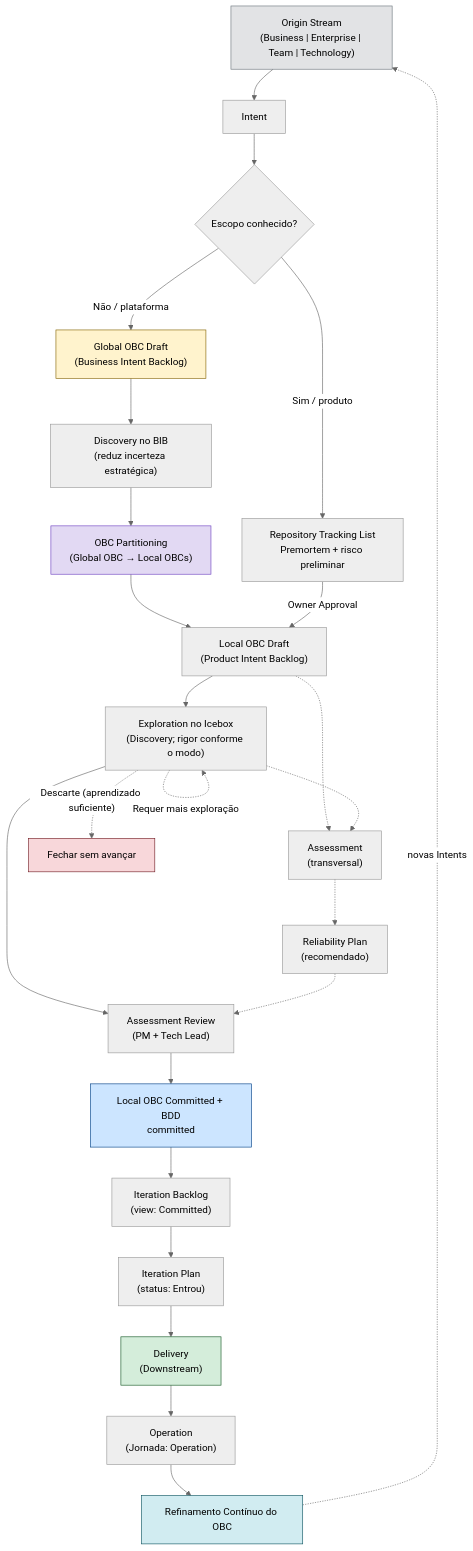
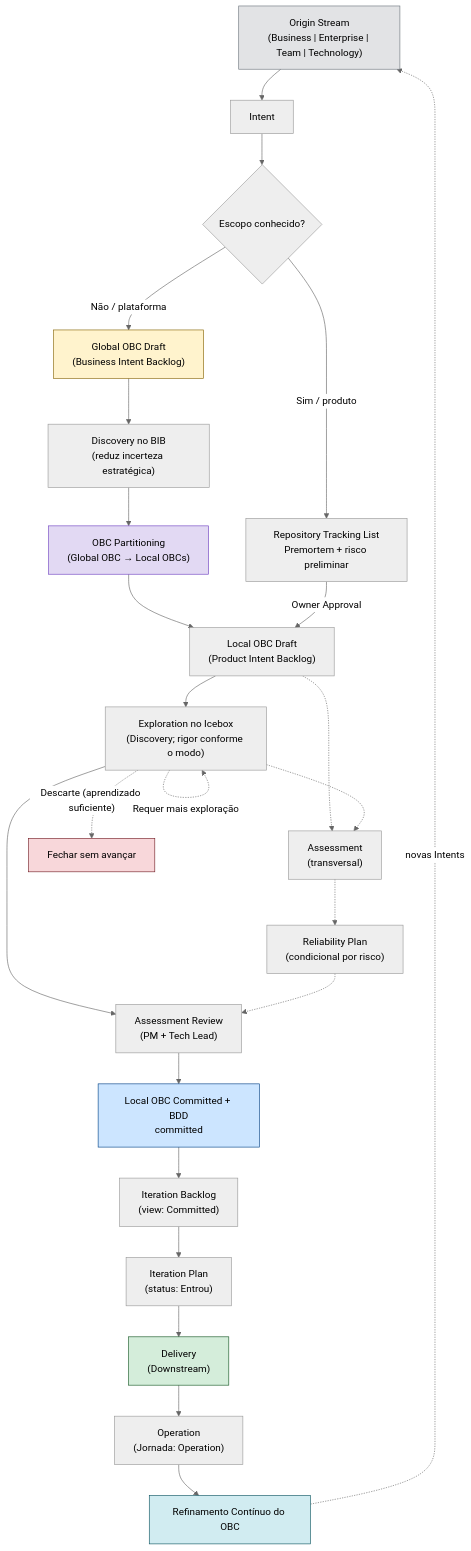
One commit to produtoreativo/payments-api changed the diagram in prodops/framework/flow.md. Above: the diagram before and after it, drawn with Mermaid (neutral theme). The commit also changed other lines of this file and 15 other files, not shown here.

````diff
--- a/prodops/framework/flow.md
+++ b/prodops/framework/flow.md
@@ -19,53 +19,53 @@
 ```mermaid
 flowchart TD
     OS["Origin Stream\n(Business | Enterprise | Team | Technology)"]
     I["Intent"]
     CHOICE{"Escopo conhecido?"}
     RTL["Repository Tracking List\nPremortem + risco preliminar"]
     GBIB["Global OBC Draft\n(Business Intent Backlog)"]
     EX1["Discovery no BIB\n(reduz incerteza estratégica)"]
     PART["OBC Partitioning\n(Global OBC → Local OBCs)"]
     LPIB["Local OBC Draft\n(Product Intent Backlog)"]
     EX2["Exploration no Icebox\n(Discovery; rigor conforme o modo)"]
     AS["Assessment\n(transversal)"]
-    RP["Reliability Plan\n(recomendado)"]
+    RP["Reliability Plan\n(condicional por risco)"]
     REV["Assessment Review\n(PM + Tech Lead)"]
     OBC["Local OBC Committed + BDD\ncommitted"]
     IP["Iteration Plan\n(status: Entrou)"]
     D["Delivery\n(Downstream)"]
     OP["Operation\n(Jornada: Operation)"]
     REF["Refinamento Contínuo do OBC"]
 
     OS --> I
     I --> CHOICE
     CHOICE -->|"Não / plataforma"| GBIB
     CHOICE -->|"Sim / produto"| RTL
     GBIB --> EX1
     EX1 --> PART
     PART --> LPIB
     RTL -->|"Owner Approval"| LPIB
     LPIB --> EX2
     EX2 --> REV
     LPIB -.-> AS
     EX2 -.-> AS
     AS -.-> RP
     RP -.-> REV
     REV --> OBC
     OBC --> IB["Iteration Backlog\n(view: Committed)"]
     IB --> IP
     IP --> D
     D --> OP
     OP --> REF
     REF -.->|"novas Intents"| OS
 
     EX2 -.->|"Descarte (aprendizado suficiente)"| X[Fechar sem avançar]
     EX2 -.->|"Requer mais exploração"| EX2
 
     style OS fill:#e2e3e5,stroke:#6c757d
     style GBIB fill:#fff3cd,stroke:#856404
     style PART fill:#e2d9f3,stroke:#6f42c1
     style OBC fill:#cce5ff,stroke:#004085
     style D fill:#d4edda,stroke:#155724
     style X fill:#f8d7da,stroke:#721c24
     style REF fill:#d1ecf1,stroke:#0c5460
 ```
````
